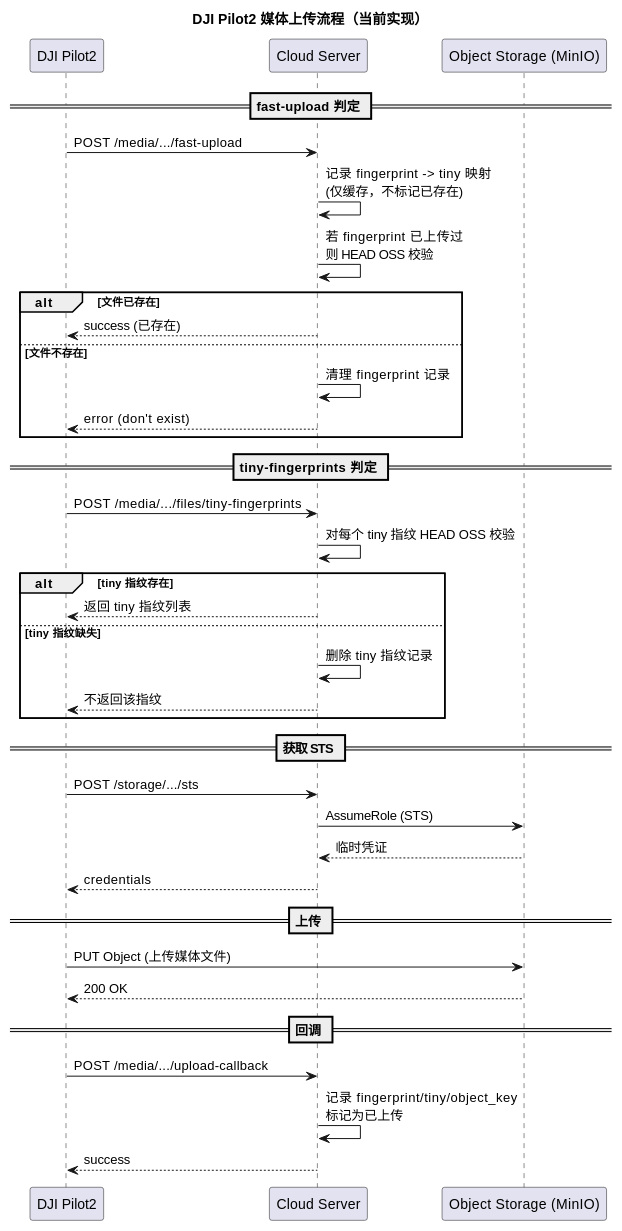
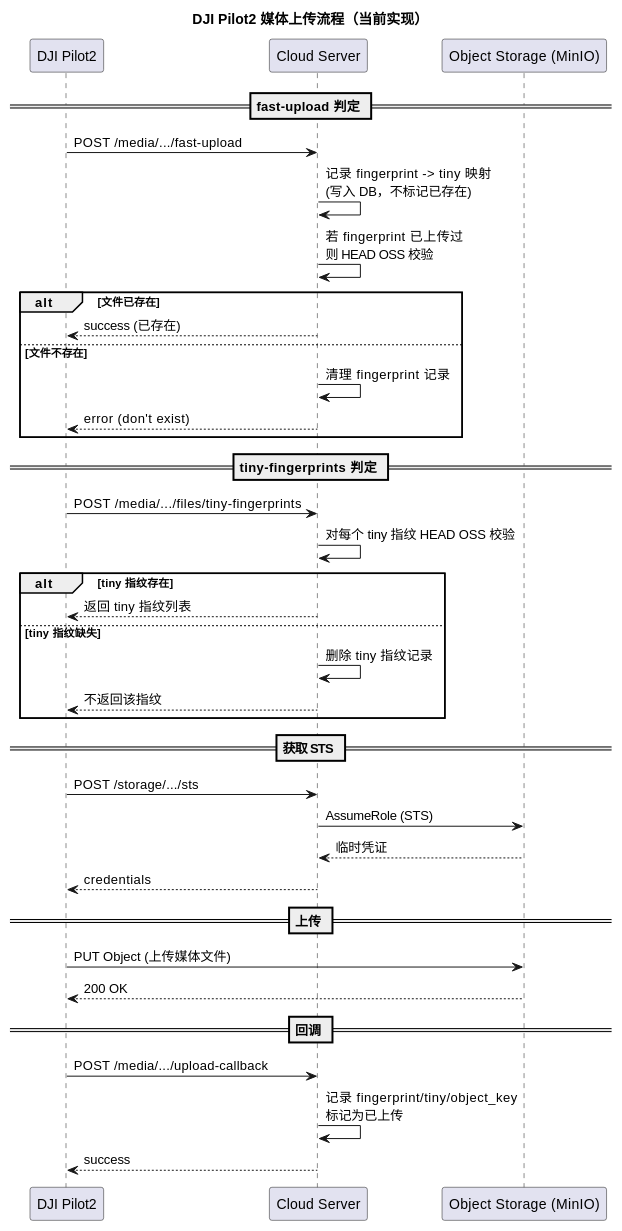
Before and after one commit to GrooveWJH/MediaServer-CloudAPI: the first of 2 diagrams in doc/flow.md, drawn with PlantUML. The commit also changed other lines of this file and 9 other files, not shown here.

````diff
--- a/doc/flow.md
+++ b/doc/flow.md
@@ -47,45 +51,45 @@
 ```plantuml
 @startuml
 title DJI Pilot2 媒体上传流程（当前实现）
 
 participant Client as "DJI Pilot2"
 participant Server as "Cloud Server"
 participant OSS as "Object Storage (MinIO)"
 
 == fast-upload 判定 ==
 Client -> Server: POST /media/.../fast-upload
-Server -> Server: 记录 fingerprint -> tiny 映射\n(仅缓存，不标记已存在)
+Server -> Server: 记录 fingerprint -> tiny 映射\n(写入 DB，不标记已存在)
 Server -> Server: 若 fingerprint 已上传过\n则 HEAD OSS 校验
 alt 文件已存在
   Server --> Client: success (已存在)
 else 文件不存在
   Server -> Server: 清理 fingerprint 记录
   Server --> Client: error (don't exist)
 end
 
 == tiny-fingerprints 判定 ==
 Client -> Server: POST /media/.../files/tiny-fingerprints
 Server -> Server: 对每个 tiny 指纹 HEAD OSS 校验
 alt tiny 指纹存在
   Server --> Client: 返回 tiny 指纹列表
 else tiny 指纹缺失
   Server -> Server: 删除 tiny 指纹记录
   Server --> Client: 不返回该指纹
 end
 
 == 获取 STS ==
 Client -> Server: POST /storage/.../sts
 Server -> OSS: AssumeRole (STS)
 OSS --> Server: 临时凭证
 Server --> Client: credentials
 
 == 上传 ==
 Client -> OSS: PUT Object (上传媒体文件)
 OSS --> Client: 200 OK
 
 == 回调 ==
 Client -> Server: POST /media/.../upload-callback
 Server -> Server: 记录 fingerprint/tiny/object_key\n标记为已上传
 Server --> Client: success
 @enduml
 ```
````
